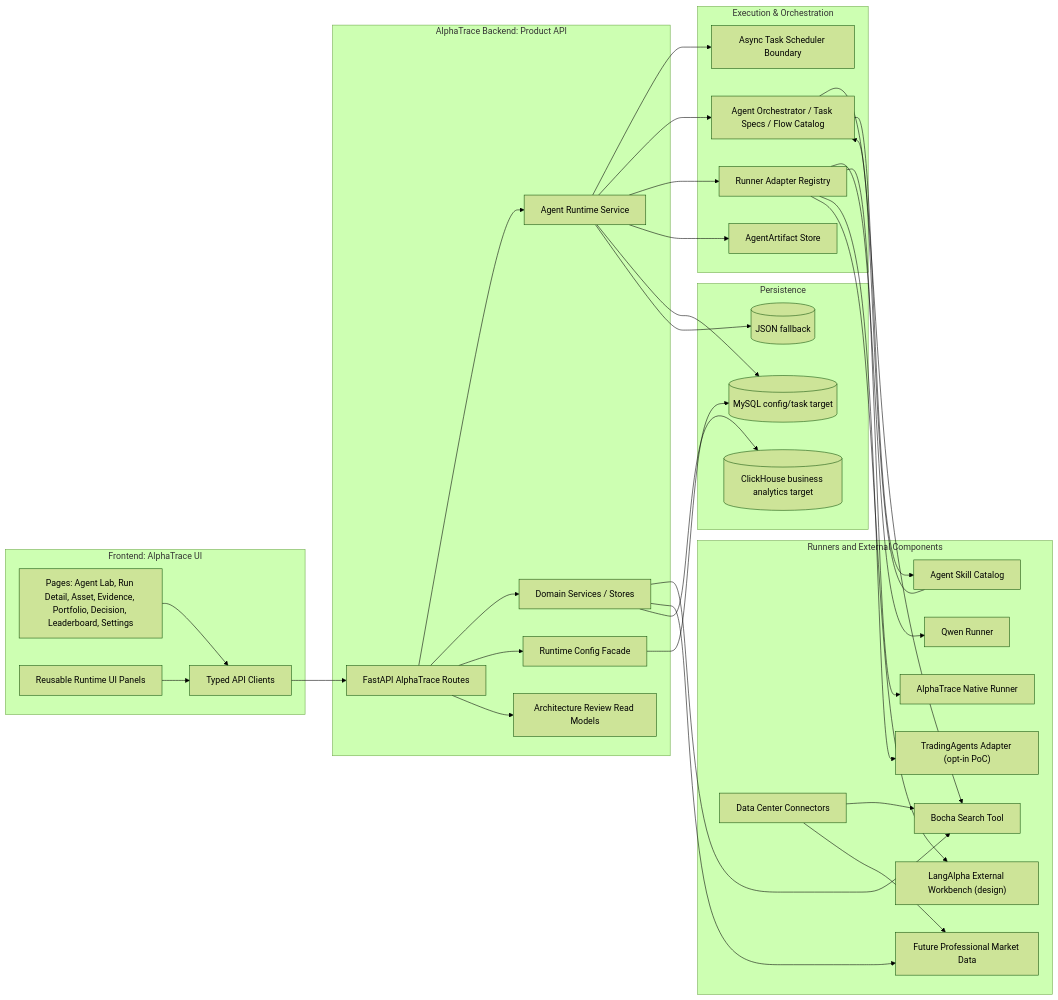
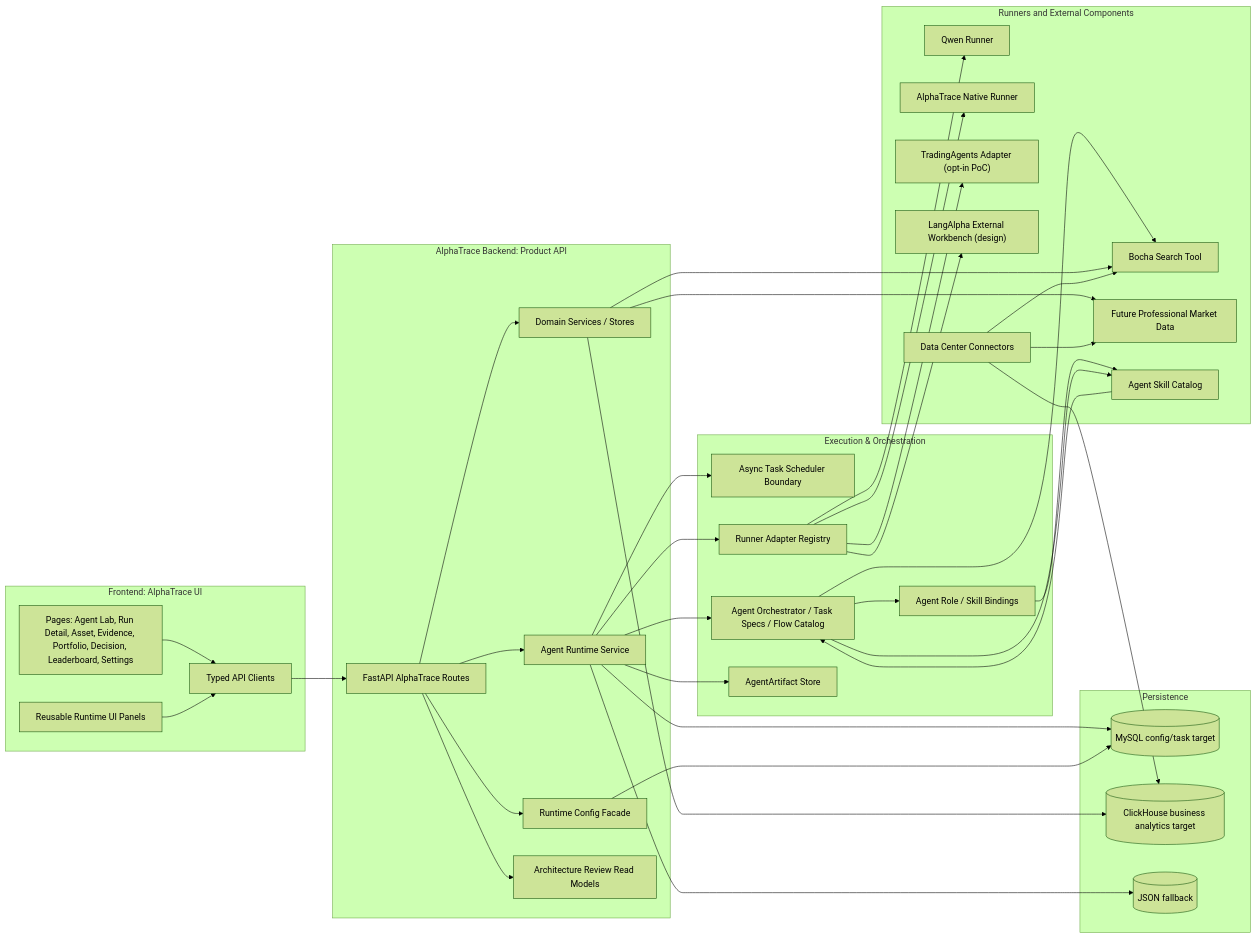
The first of 5 diagrams in docs/ARCHITECTURE_OVERVIEW.md (Bodiva/Hyper-Alpha-Arena), drawn with Mermaid (forest theme) before and after one commit. The commit also changed other lines of this file and 3 other files, not shown here.

Commit message:
docs: refresh architecture overview for data flow

````diff
--- a/docs/ARCHITECTURE_OVERVIEW.md
+++ b/docs/ARCHITECTURE_OVERVIEW.md
@@ -88,67 +98,71 @@
 ```mermaid
 flowchart LR
   subgraph Frontend["Frontend: AlphaTrace UI"]
     Pages["Pages: Agent Lab, Run Detail, Asset, Evidence, Portfolio, Decision, Leaderboard, Settings"]
     RuntimeUI["Reusable Runtime UI Panels"]
     APIClient["Typed API Clients"]
   end
 
   subgraph AlphaBackend["AlphaTrace Backend: Product API"]
     APILayer["FastAPI AlphaTrace Routes"]
     Runtime["Agent Runtime Service"]
     Domains["Domain Services / Stores"]
     Config["Runtime Config Facade"]
     Review["Architecture Review Read Models"]
   end
 
   subgraph RuntimeLayer["Execution & Orchestration"]
     Scheduler["Async Task Scheduler Boundary"]
     Orchestrator["Agent Orchestrator / Task Specs / Flow Catalog"]
+    Bindings["Agent Role / Skill Bindings"]
     Runners["Runner Adapter Registry"]
     Artifacts["AgentArtifact Store"]
   end
 
   subgraph RunnersExternal["Runners and External Components"]
     Qwen["Qwen Runner"]
     Native["AlphaTrace Native Runner"]
     TG["TradingAgents Adapter (opt-in PoC)"]
     LangAlpha["LangAlpha External Workbench (design)"]
     Bocha["Bocha Search Tool"]
     ProData["Future Professional Market Data"]
     Skills["Agent Skill Catalog"]
     DataCenter["Data Center Connectors"]
   end
 
   subgraph Persistence["Persistence"]
     MySQL[("MySQL config/task target")]
     ClickHouse[("ClickHouse business analytics target")]
     JSON[("JSON fallback")]
   end
 
   Pages --> APIClient
   RuntimeUI --> APIClient
   APIClient --> APILayer
   APILayer --> Runtime
   APILayer --> Domains
   APILayer --> Config
   APILayer --> Review
   Runtime --> Scheduler
   Runtime --> Orchestrator
+  Orchestrator --> Bindings
   Runtime --> Runners
   Runtime --> Artifacts
   Runners --> Qwen
   Runners --> Native
   Runners --> TG
   Runners --> LangAlpha
   Orchestrator --> Bocha
   Domains --> Bocha
   Domains --> ProData
   DataCenter --> Bocha
   DataCenter --> ProData
+  DataCenter --> ClickHouse
   Skills --> Orchestrator
+  Bindings --> Skills
   Orchestrator --> Skills
   Runtime --> MySQL
   Domains --> ClickHouse
   Config --> MySQL
   Runtime --> JSON
 ```
````
